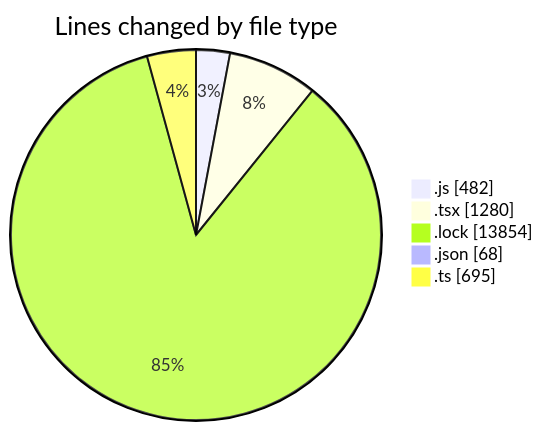
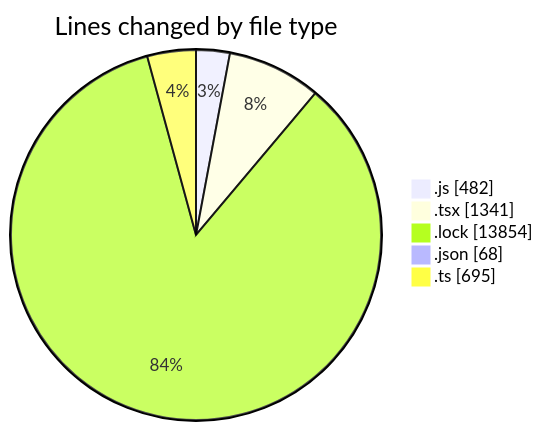
One commit to momahboobian/code-tracking changed the first of 2 diagrams in 2026-06-16/cda/README.md. Above: the diagram before and after it, drawn with Mermaid. The commit also changed other lines of this file and 1 other file, not shown here.

````diff
--- a/2026-06-16/cda/README.md
+++ b/2026-06-16/cda/README.md
@@ -33,9 +33,9 @@
 ```mermaid
 pie showData
 title Lines changed by file type
 ".js" : 482
-".tsx" : 1280
+".tsx" : 1341
 ".lock" : 13854
 ".json" : 68
 ".ts" : 695
 ```
````
